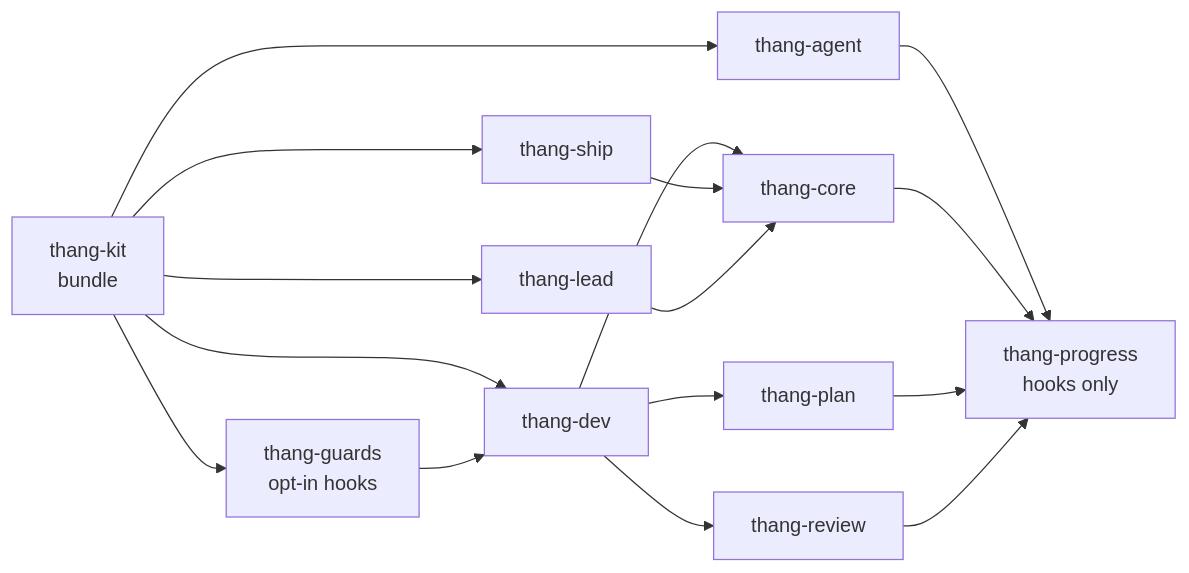
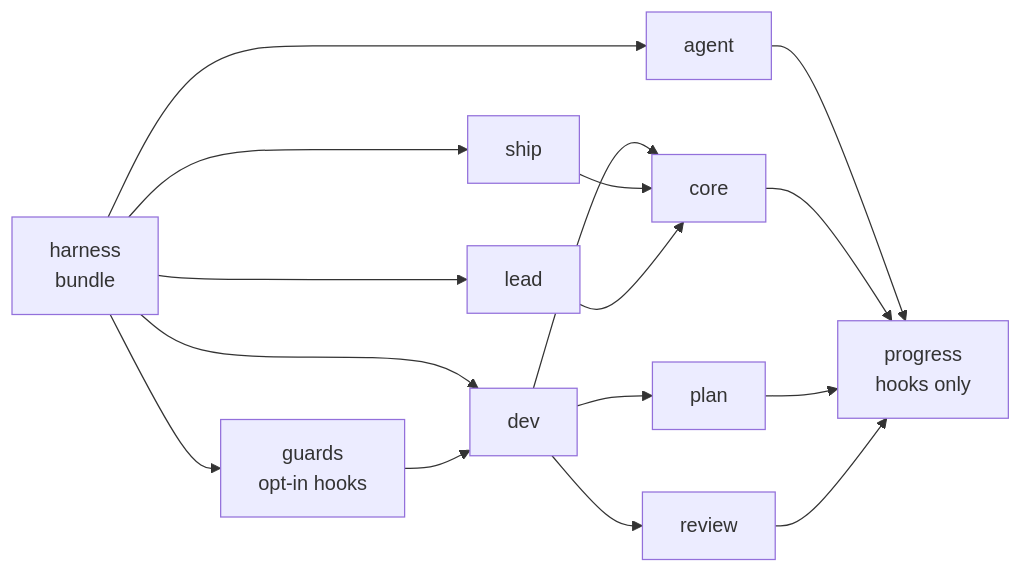
Before and after one commit to thanghokdps/claude-root: the first of 3 diagrams in DESIGN.md, drawn with Mermaid. The commit also changed other lines of this file and 271 other files, not shown here.

````diff
--- a/DESIGN.md
+++ b/DESIGN.md
@@ -11,14 +11,14 @@
 ```mermaid
 graph LR
-  kit[thang-kit<br/>bundle]
+  kit[harness<br/>bundle]
   kit --> dev & ship & agent & lead & guards
-  dev[thang-dev] --> core & plan & review
-  ship[thang-ship] --> core
-  lead[thang-lead] --> core
-  guards[thang-guards<br/>opt-in hooks] --> dev
-  agent[thang-agent] --> progress
-  core[thang-core] --> progress
-  plan[thang-plan] --> progress
-  review[thang-review] --> progress
-  progress[thang-progress<br/>hooks only]
+  dev[dev] --> core & plan & review
+  ship[ship] --> core
+  lead[lead] --> core
+  guards[guards<br/>opt-in hooks] --> dev
+  agent[agent] --> progress
+  core[core] --> progress
+  plan[plan] --> progress
+  review[review] --> progress
+  progress[progress<br/>hooks only]
 ```
````
